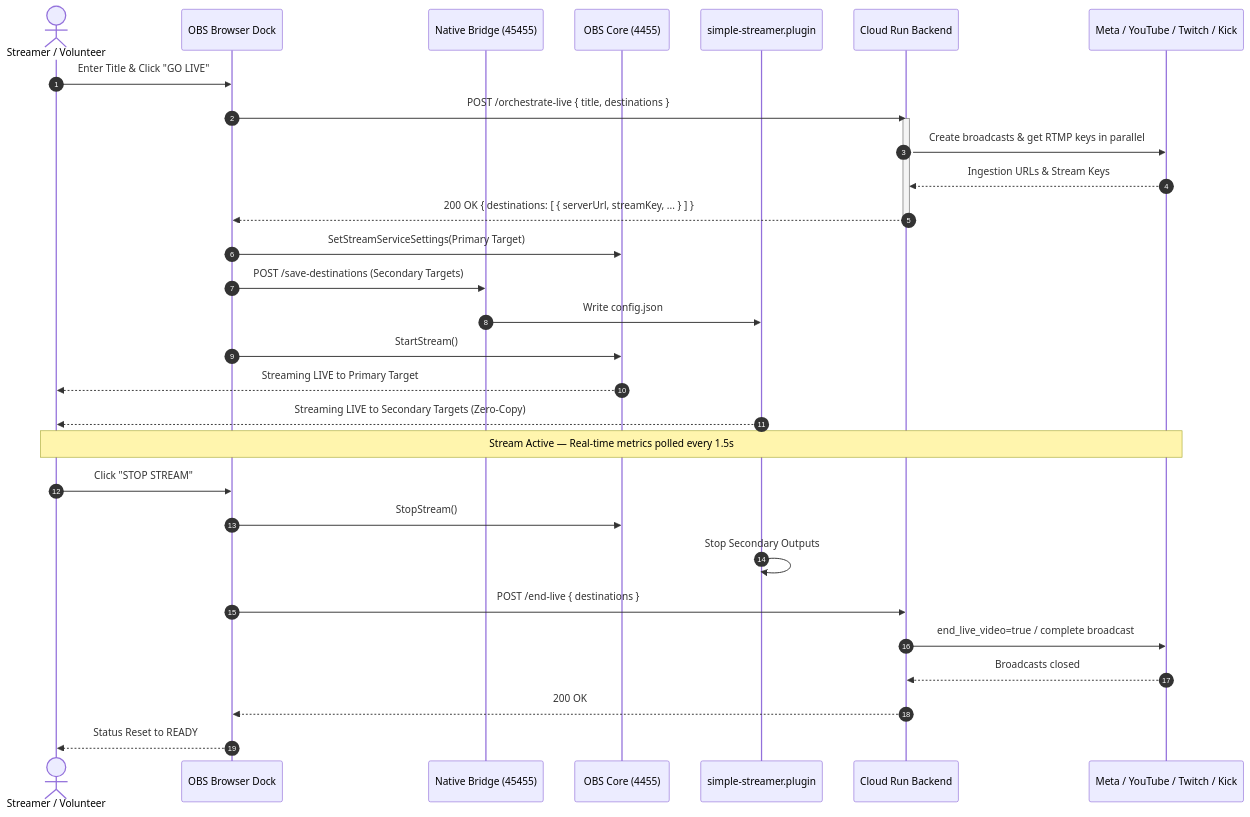
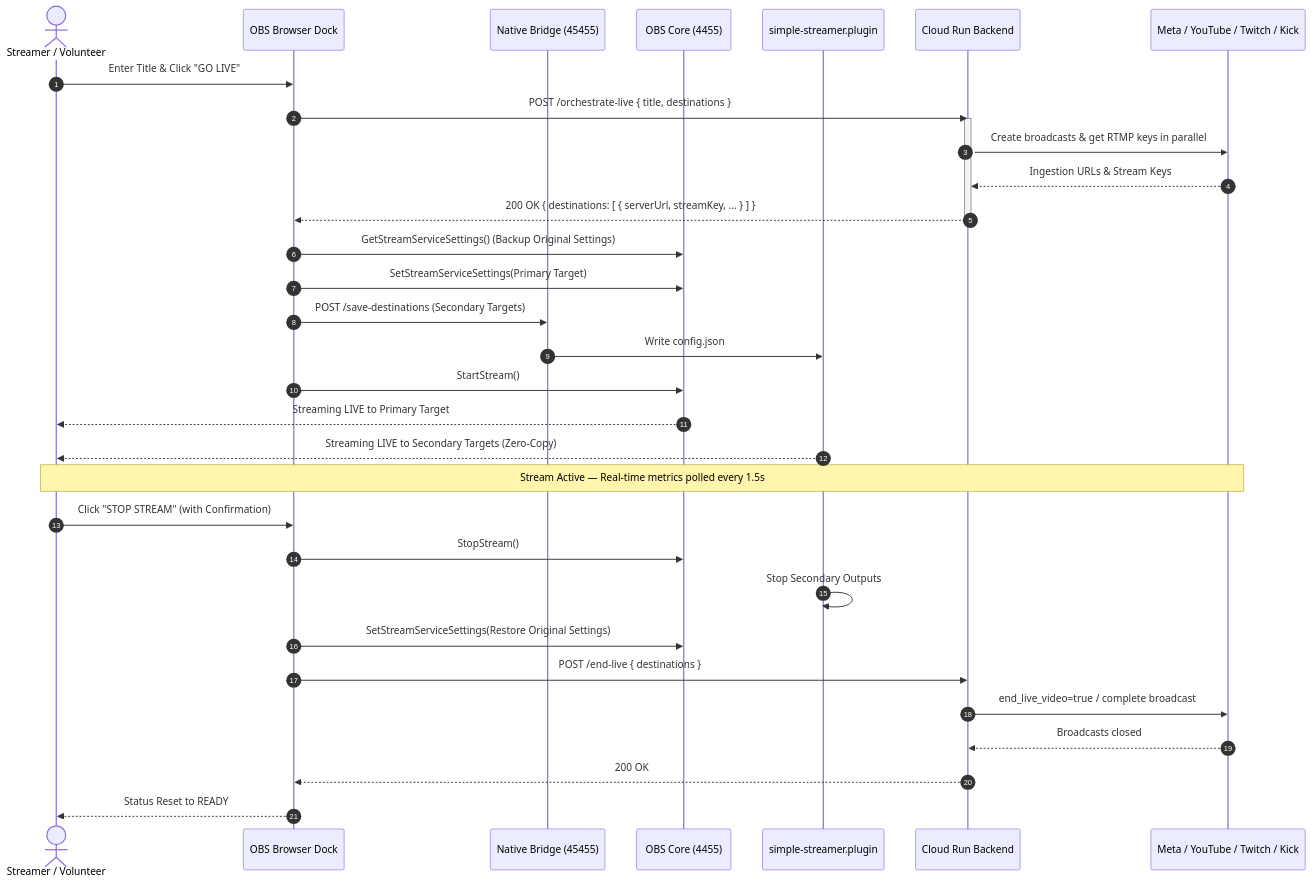
One commit to midimahdi/simple-streamer changed the diagram in docs/architecture.md. Above: the diagram before and after it, drawn with Mermaid. The commit also changed 32 other files, not shown here.

Commit message:
feat: add Windows .exe installer build, stream settings preservation, and mobile remote control

````diff
--- a/docs/architecture.md
+++ b/docs/architecture.md
@@ -164,37 +164,39 @@
 ```mermaid
 sequenceDiagram
     autonumber
     actor Volunteer as Streamer / Volunteer
     participant Dock as OBS Browser Dock
     participant Bridge as Native Bridge (45455)
     participant OBS as OBS Core (4455)
     participant Plugin as simple-streamer.plugin
     participant Cloud as Cloud Run Backend
     participant APIs as Meta / YouTube / Twitch / Kick
 
     Volunteer->>Dock: Enter Title & Click "GO LIVE"
     Dock->>Cloud: POST /orchestrate-live { title, destinations }
     activate Cloud
     Cloud->>APIs: Create broadcasts & get RTMP keys in parallel
     APIs-->>Cloud: Ingestion URLs & Stream Keys
     Cloud-->>Dock: 200 OK { destinations: [ { serverUrl, streamKey, ... } ] }
     deactivate Cloud
 
+    Dock->>OBS: GetStreamServiceSettings() (Backup Original Settings)
     Dock->>OBS: SetStreamServiceSettings(Primary Target)
     Dock->>Bridge: POST /save-destinations (Secondary Targets)
     Bridge->>Plugin: Write config.json
     Dock->>OBS: StartStream()
     OBS-->>Volunteer: Streaming LIVE to Primary Target
     Plugin-->>Volunteer: Streaming LIVE to Secondary Targets (Zero-Copy)
 
     Note over Volunteer,APIs: Stream Active — Real-time metrics polled every 1.5s
 
-    Volunteer->>Dock: Click "STOP STREAM"
+    Volunteer->>Dock: Click "STOP STREAM" (with Confirmation)
     Dock->>OBS: StopStream()
     Plugin->>Plugin: Stop Secondary Outputs
+    Dock->>OBS: SetStreamServiceSettings(Restore Original Settings)
     Dock->>Cloud: POST /end-live { destinations }
     Cloud->>APIs: end_live_video=true / complete broadcast
     APIs-->>Cloud: Broadcasts closed
     Cloud-->>Dock: 200 OK
     Dock-->>Volunteer: Status Reset to READY
 ```
````
